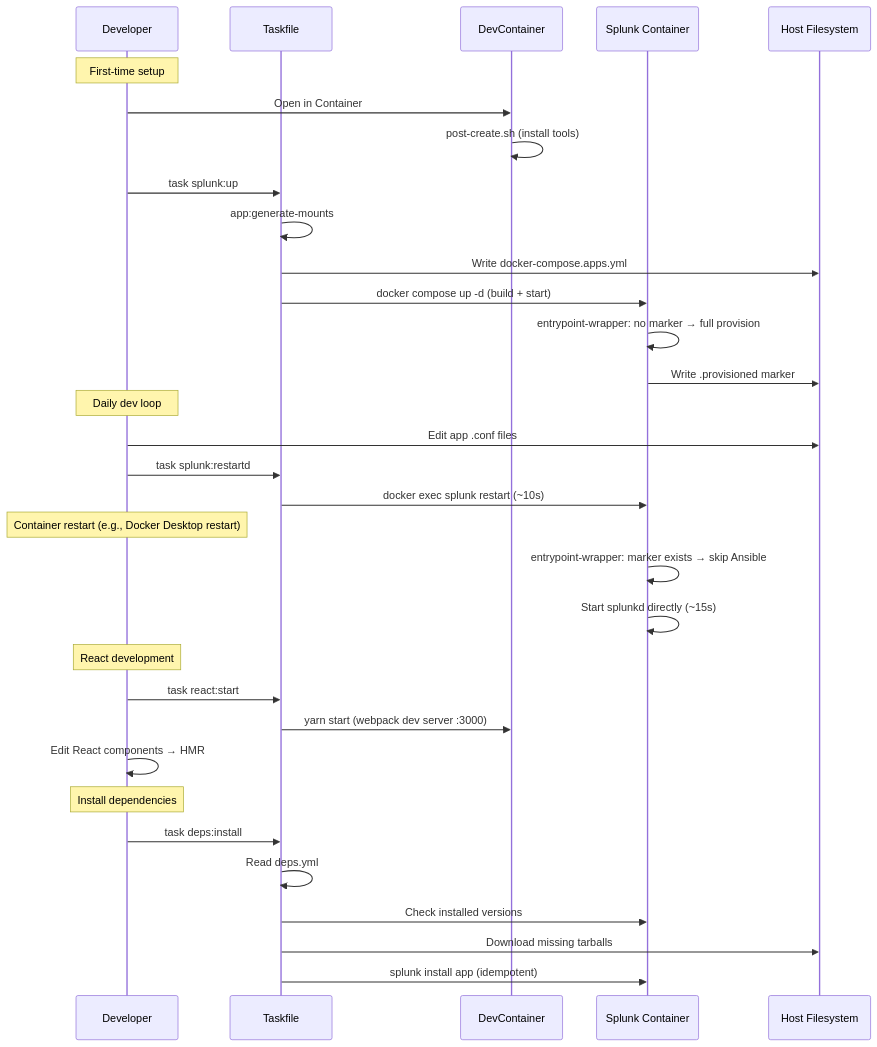
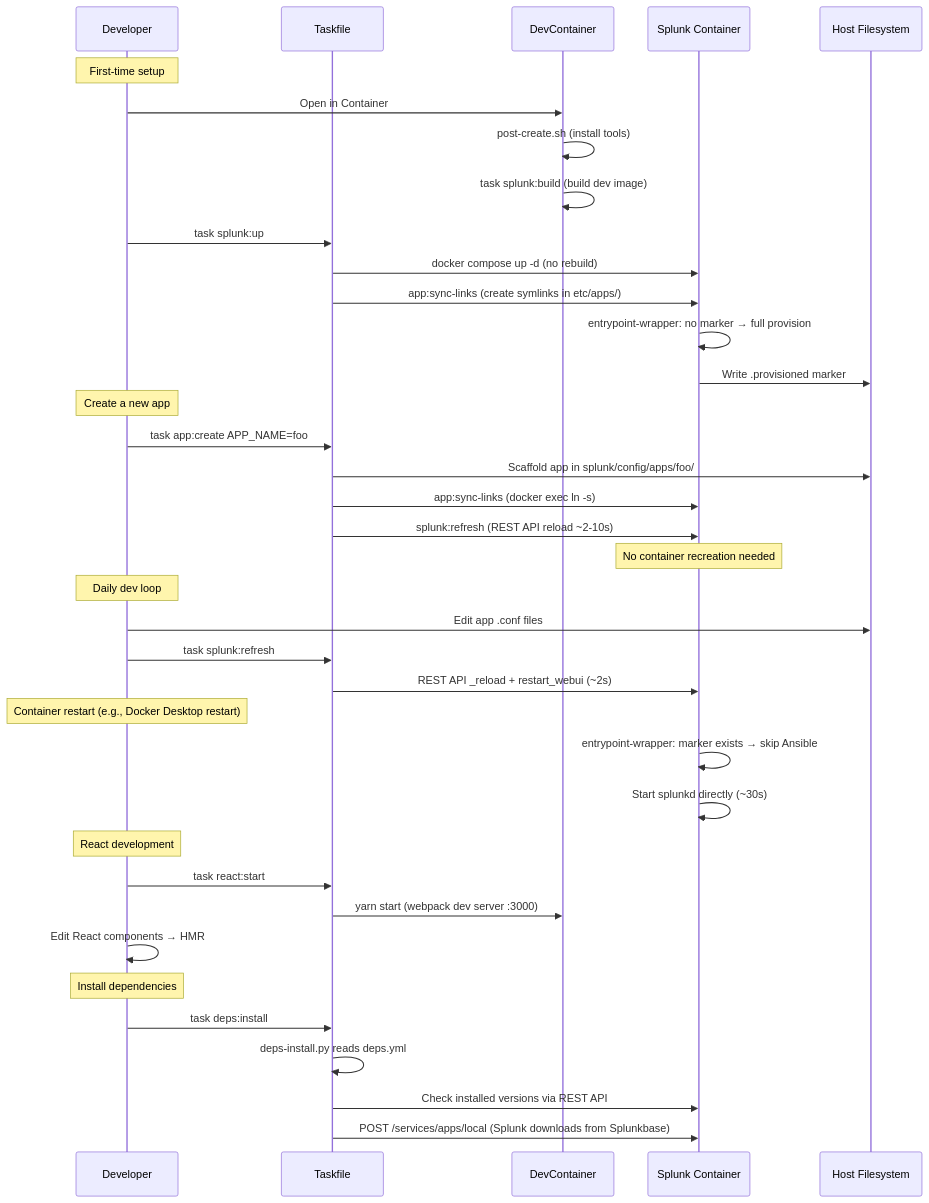
The second of 3 diagrams in .windloop/devcontainer-modernize/design.md (kundeng/splunk-devcontainer-template), drawn with Mermaid before and after one commit. The commit also changed other lines of this file and 81 other files, not shown here.

````diff
--- a/.windloop/devcontainer-modernize/design.md
+++ b/.windloop/devcontainer-modernize/design.md
@@ -146,39 +231,45 @@
 ```mermaid
 sequenceDiagram
     participant Dev as Developer
     participant Task as Taskfile
     participant DC as DevContainer
     participant Splunk as Splunk Container
     participant FS as Host Filesystem
 
     Note over Dev: First-time setup
     Dev->>DC: Open in Container
     DC->>DC: post-create.sh (install tools)
+    DC->>DC: task splunk:build (build dev image)
     Dev->>Task: task splunk:up
-    Task->>Task: app:generate-mounts
-    Task->>FS: Write docker-compose.apps.yml
-    Task->>Splunk: docker compose up -d (build + start)
+    Task->>Splunk: docker compose up -d (no rebuild)
+    Task->>Splunk: app:sync-links (create symlinks in etc/apps/)
     Splunk->>Splunk: entrypoint-wrapper: no marker → full provision
     Splunk->>FS: Write .provisioned marker
 
+    Note over Dev: Create a new app
+    Dev->>Task: task app:create APP_NAME=foo
+    Task->>FS: Scaffold app in splunk/config/apps/foo/
+    Task->>Splunk: app:sync-links (docker exec ln -s)
+    Task->>Splunk: splunk:refresh (REST API reload ~2-10s)
+    Note over Splunk: No container recreation needed
+
     Note over Dev: Daily dev loop
     Dev->>FS: Edit app .conf files
-    Dev->>Task: task splunk:restartd
-    Task->>Splunk: docker exec splunk restart (~10s)
+    Dev->>Task: task splunk:refresh
+    Task->>Splunk: REST API _reload + restart_webui (~2s)
 
     Note over Dev: Container restart (e.g., Docker Desktop restart)
     Splunk->>Splunk: entrypoint-wrapper: marker exists → skip Ansible
-    Splunk->>Splunk: Start splunkd directly (~15s)
+    Splunk->>Splunk: Start splunkd directly (~30s)
 
     Note over Dev: React development
     Dev->>Task: task react:start
     Task->>DC: yarn start (webpack dev server :3000)
     Dev->>Dev: Edit React components → HMR
 
     Note over Dev: Install dependencies
     Dev->>Task: task deps:install
-    Task->>Task: Read deps.yml
-    Task->>Splunk: Check installed versions
-    Task->>FS: Download missing tarballs
-    Task->>Splunk: splunk install app (idempotent)
+    Task->>Task: deps-install.py reads deps.yml
+    Task->>Splunk: Check installed versions via REST API
+    Task->>Splunk: POST /services/apps/local (Splunk downloads from Splunkbase)
 ```
````
